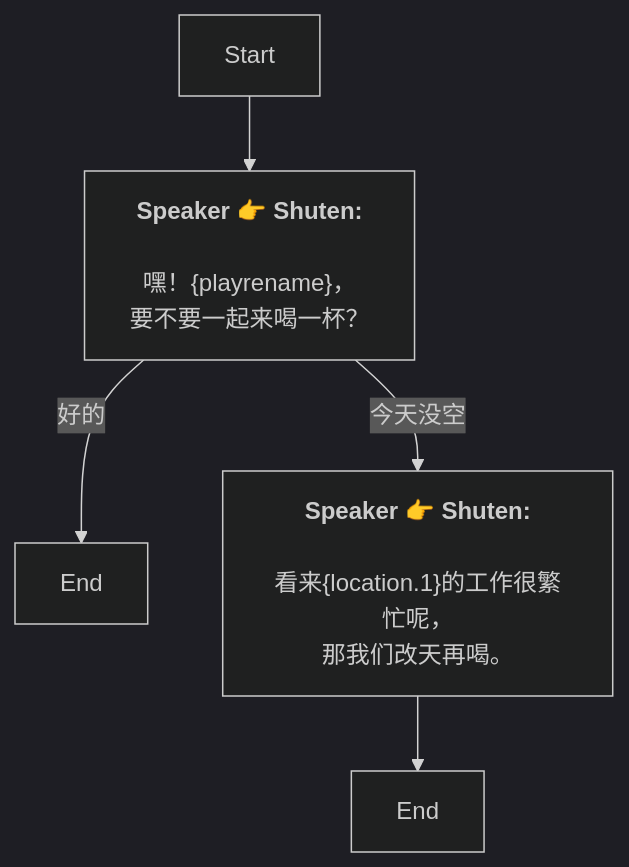
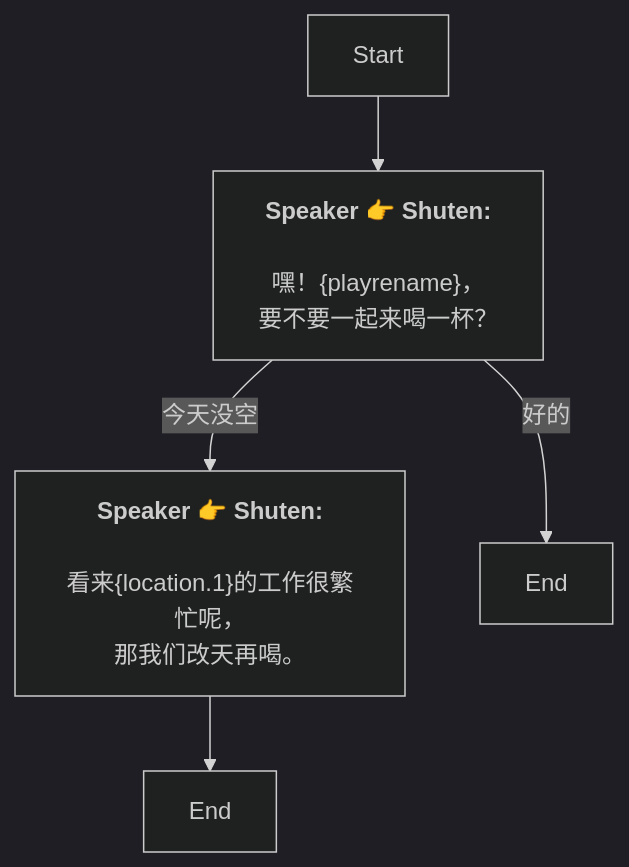
The diagram in Zh/QuestStartTalkENode_1754569494313621.md (SoftHu/tos_avg), drawn with Mermaid (dark theme) before and after one commit. The commit also changed other lines of this file and 780 other files, not shown here.

````diff
--- a/Zh/QuestStartTalkENode_1754569494313621.md
+++ b/Zh/QuestStartTalkENode_1754569494313621.md
@@ -1,12 +1,12 @@
 ```mermaid
 graph
 Start -->1754569657361049[<b>Speaker 👉 Shuten:</b>
 \n嘿！&lbrace;playrename&rbrace;，
 要不要一起来喝一杯？]
-1754569657361049 -->|好的|1754569704283809[End]
 1754569657361049 -->|今天没空|1754569700041376[<b>Speaker 👉 Shuten:</b>
 \n看来&lbrace;location.1&rbrace;的工作很繁忙呢，
 那我们改天再喝。]
+1754569657361049 -->|好的|1754569704283809[End]
 1754569700041376 -->1754569717223074[End]
 
 ```
````
